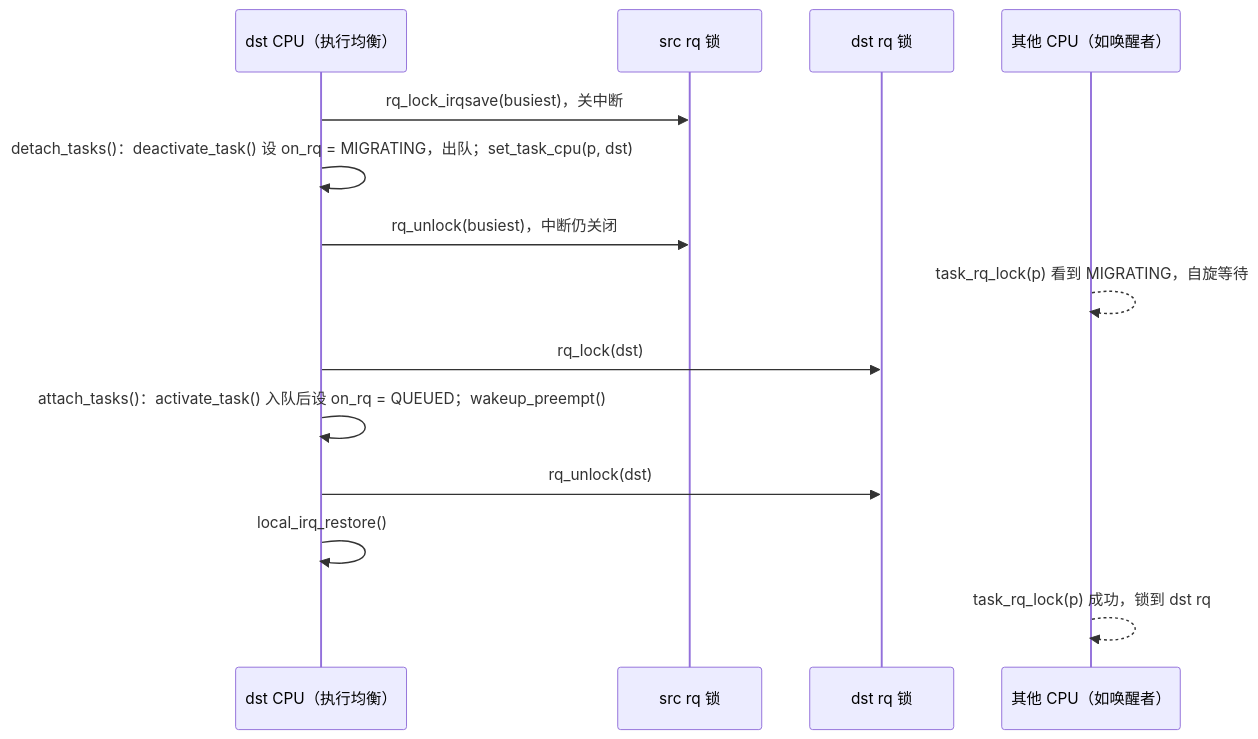
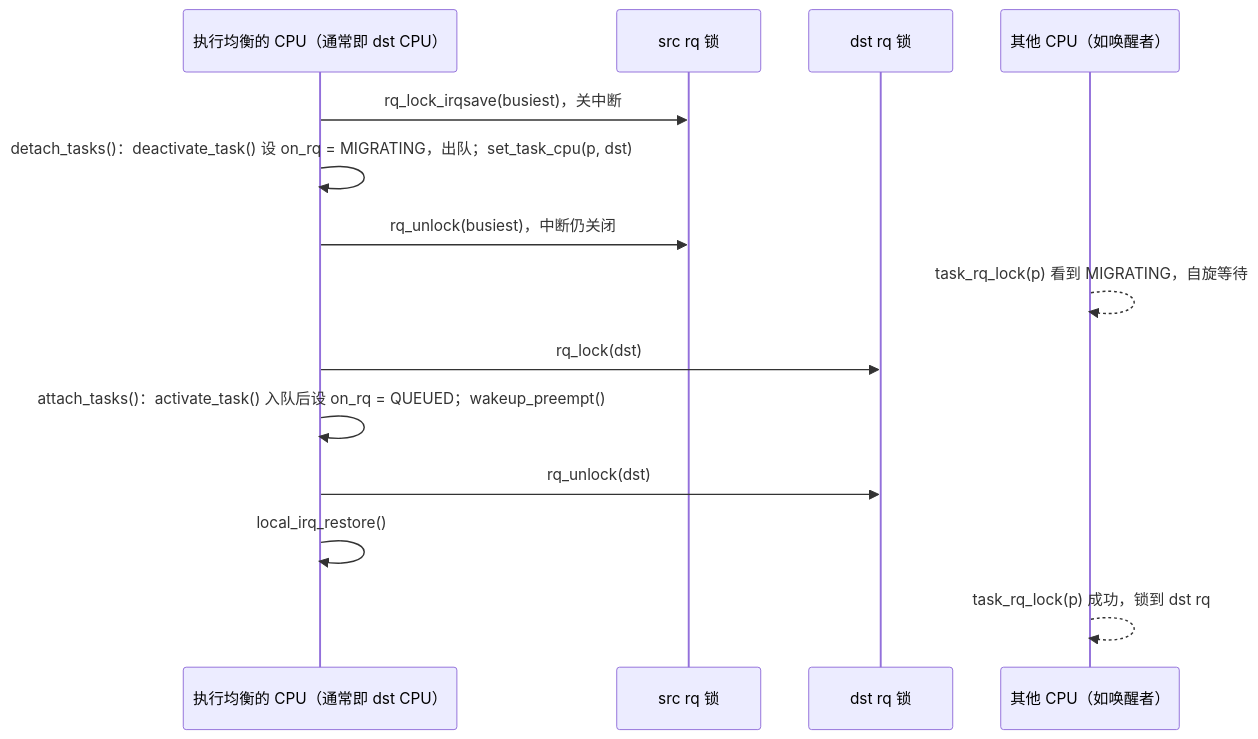
One commit to linuxperf/linux-study changed the fifth of 6 diagrams in book/sched/loadbalance.md. Above: the diagram before and after it, drawn with Mermaid. The commit also changed other lines of this file and 2 other files, not shown here.

````diff
--- a/book/sched/loadbalance.md
+++ b/book/sched/loadbalance.md
@@ -721,16 +753,16 @@
 ```mermaid
 sequenceDiagram
-    participant D as dst CPU（执行均衡）
+    participant D as 执行均衡的 CPU（通常即 dst CPU）
     participant SRQ as src rq 锁
     participant DRQ as dst rq 锁
     participant O as 其他 CPU（如唤醒者）
     D->>SRQ: rq_lock_irqsave(busiest)，关中断
     D->>D: detach_tasks()：deactivate_task() 设 on_rq = MIGRATING，出队；set_task_cpu(p, dst)
     D->>SRQ: rq_unlock(busiest)，中断仍关闭
     O-->>O: task_rq_lock(p) 看到 MIGRATING，自旋等待
     D->>DRQ: rq_lock(dst)
     D->>D: attach_tasks()：activate_task() 入队后设 on_rq = QUEUED；wakeup_preempt()
     D->>DRQ: rq_unlock(dst)
     D->>D: local_irq_restore()
     O-->>O: task_rq_lock(p) 成功，锁到 dst rq
 ```
````
